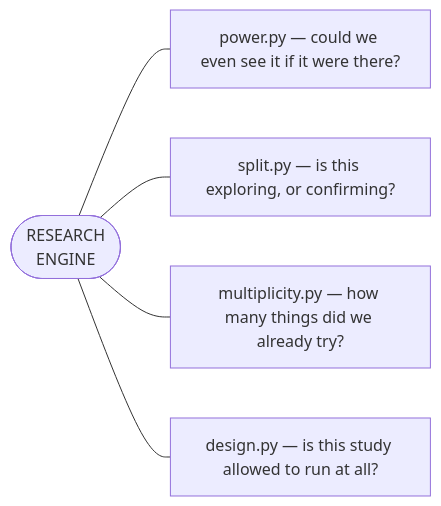
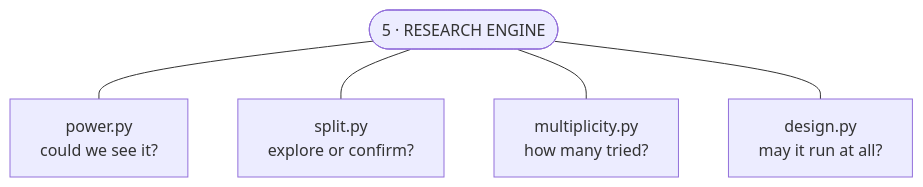
The fourth of 5 diagrams in docs/report/PROJECT_REPORT.md (markandeyavarma3-lab/MICC_V3), drawn with Mermaid before and after one commit. The commit also changed other lines of this file and 1 other file, not shown here.

First line of the commit message:
report: bind it to what the code actually does, not what it did on 18 August

````diff
--- a/docs/report/PROJECT_REPORT.md
+++ b/docs/report/PROJECT_REPORT.md
@@ -675,8 +764,8 @@
 ```mermaid
-flowchart LR
-  R(["RESEARCH<br/>ENGINE"])
-  R --- P["power.py — could we even see it if it were there?"]
-  R --- SP["split.py — is this exploring, or confirming?"]
-  R --- MU["multiplicity.py — how many things did we already try?"]
-  R --- DE["design.py — is this study allowed to run at all?"]
+flowchart TB
+  R(["5 · RESEARCH ENGINE"])
+  R --- P["power.py<br/>could we see it?"]
+  R --- SP["split.py<br/>explore or confirm?"]
+  R --- MU["multiplicity.py<br/>how many tried?"]
+  R --- DE["design.py<br/>may it run at all?"]
 ```
````
